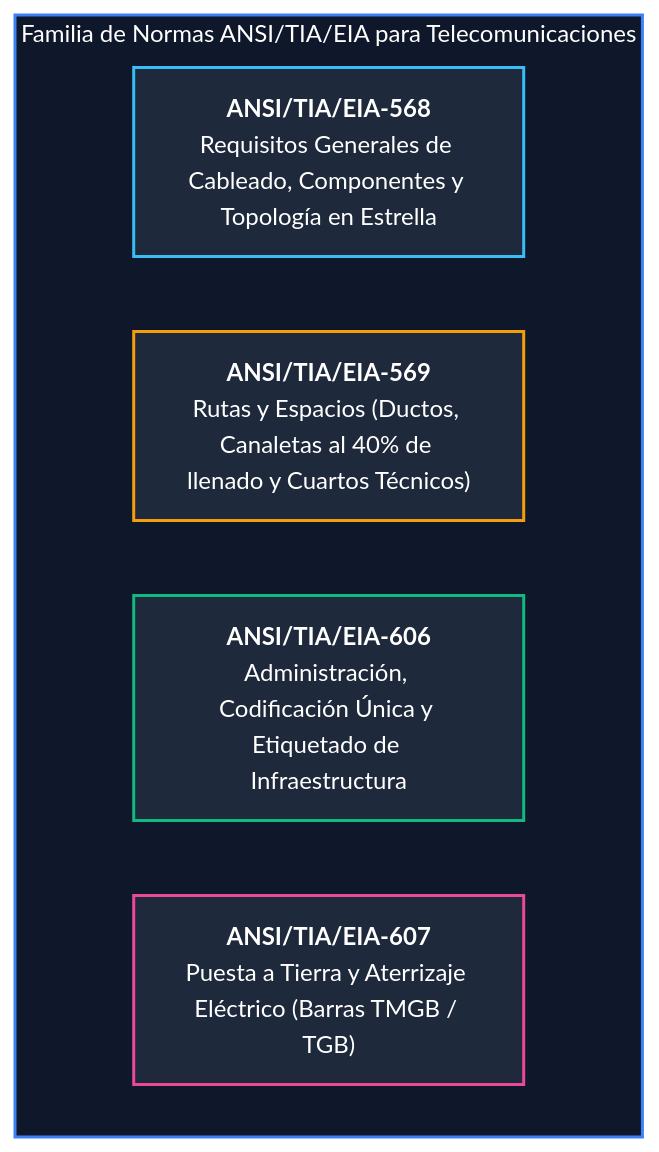
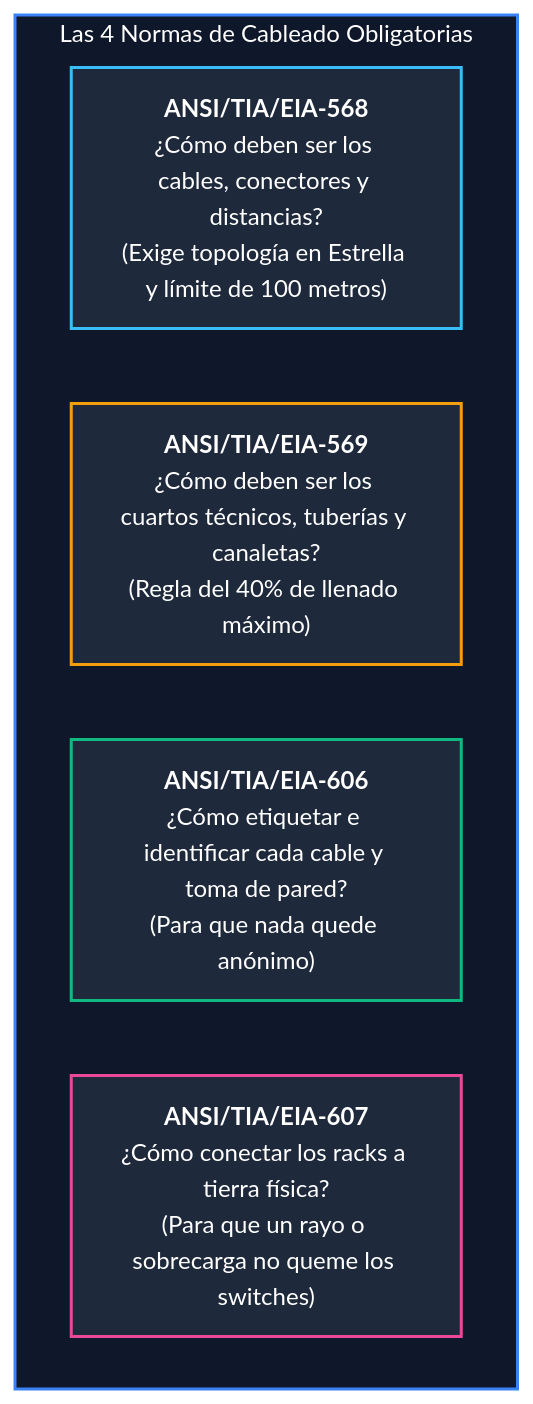
Before and after one commit to ch4rf/redes-computadoras: the diagram in Teoria/Modulo_3_Cableado_Estructurado/01_Normativa_y_Estandares.md, drawn with Mermaid. The commit also changed other lines of this file and 14 other files, not shown here.

````diff
--- a/Teoria/Modulo_3_Cableado_Estructurado/01_Normativa_y_Estandares.md
+++ b/Teoria/Modulo_3_Cableado_Estructurado/01_Normativa_y_Estandares.md
@@ -25,15 +24,15 @@
 ```mermaid
 flowchart TD
-    subgraph NORMAS ["Familia de Normas ANSI/TIA/EIA para Telecomunicaciones"]
-        A["<b>ANSI/TIA/EIA-568</b><br/>Requisitos Generales de Cableado, Componentes y Topología en Estrella"]
-        B["<b>ANSI/TIA/EIA-569</b><br/>Rutas y Espacios (Ductos, Canaletas al 40% de llenado y Cuartos Técnicos)"]
-        C["<b>ANSI/TIA/EIA-606</b><br/>Administración, Codificación Única y Etiquetado de Infraestructura"]
-        D["<b>ANSI/TIA/EIA-607</b><br/>Puesta a Tierra y Aterrizaje Eléctrico (Barras TMGB / TGB)"]
+    subgraph NORMAS ["Las 4 Normas de Cableado Obligatorias"]
+        N568["<b>ANSI/TIA/EIA-568</b><br/>¿Cómo deben ser los cables, conectores y distancias?<br/>(Exige topología en Estrella y límite de 100 metros)"]
+        N569["<b>ANSI/TIA/EIA-569</b><br/>¿Cómo deben ser los cuartos técnicos, tuberías y canaletas?<br/>(Regla del 40% de llenado máximo)"]
+        N606["<b>ANSI/TIA/EIA-606</b><br/>¿Cómo etiquetar e identificar cada cable y toma de pared?<br/>(Para que nada quede anónimo)"]
+        N607["<b>ANSI/TIA/EIA-607</b><br/>¿Cómo conectar los racks a tierra física?<br/>(Para que un rayo o sobrecarga no queme los switches)"]
     end
 
     style NORMAS fill:#0f172a,stroke:#3b82f6,stroke-width:2px,color:#fff
-    style A fill:#1e293b,stroke:#38bdf8,stroke-width:2px,color:#fff
-    style B fill:#1e293b,stroke:#f59e0b,stroke-width:2px,color:#fff
-    style C fill:#1e293b,stroke:#10b981,stroke-width:2px,color:#fff
-    style D fill:#1e293b,stroke:#ec4899,stroke-width:2px,color:#fff
+    style N568 fill:#1e293b,stroke:#38bdf8,stroke-width:2px,color:#fff
+    style N569 fill:#1e293b,stroke:#f59e0b,stroke-width:2px,color:#fff
+    style N606 fill:#1e293b,stroke:#10b981,stroke-width:2px,color:#fff
+    style N607 fill:#1e293b,stroke:#ec4899,stroke-width:2px,color:#fff
 ```
````
